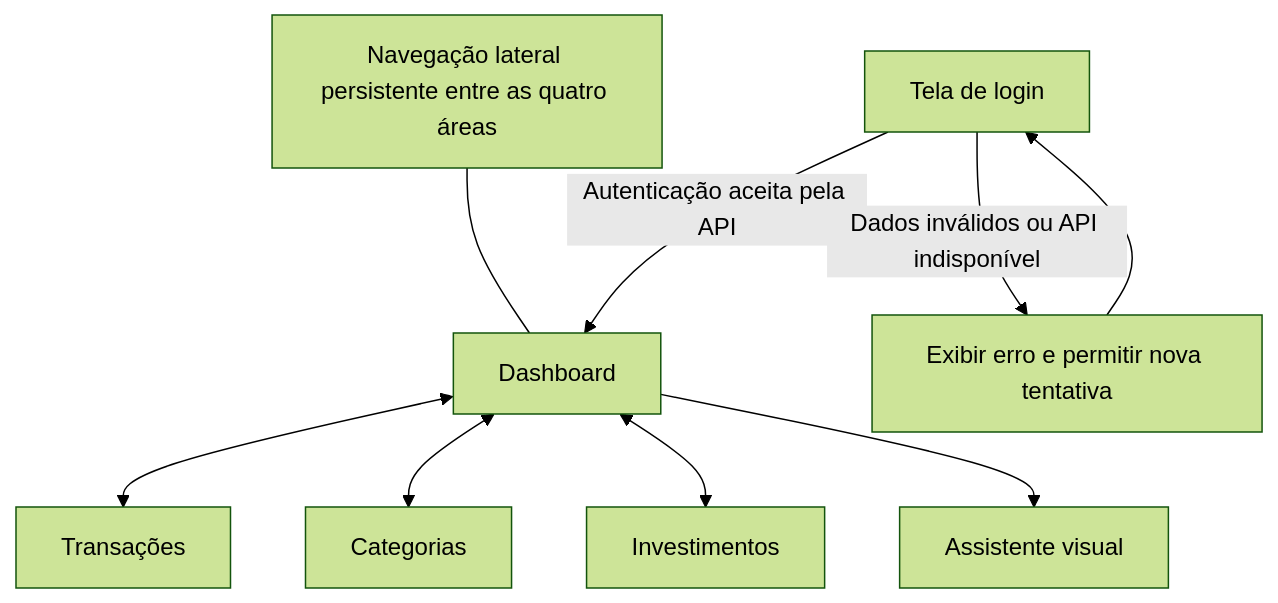
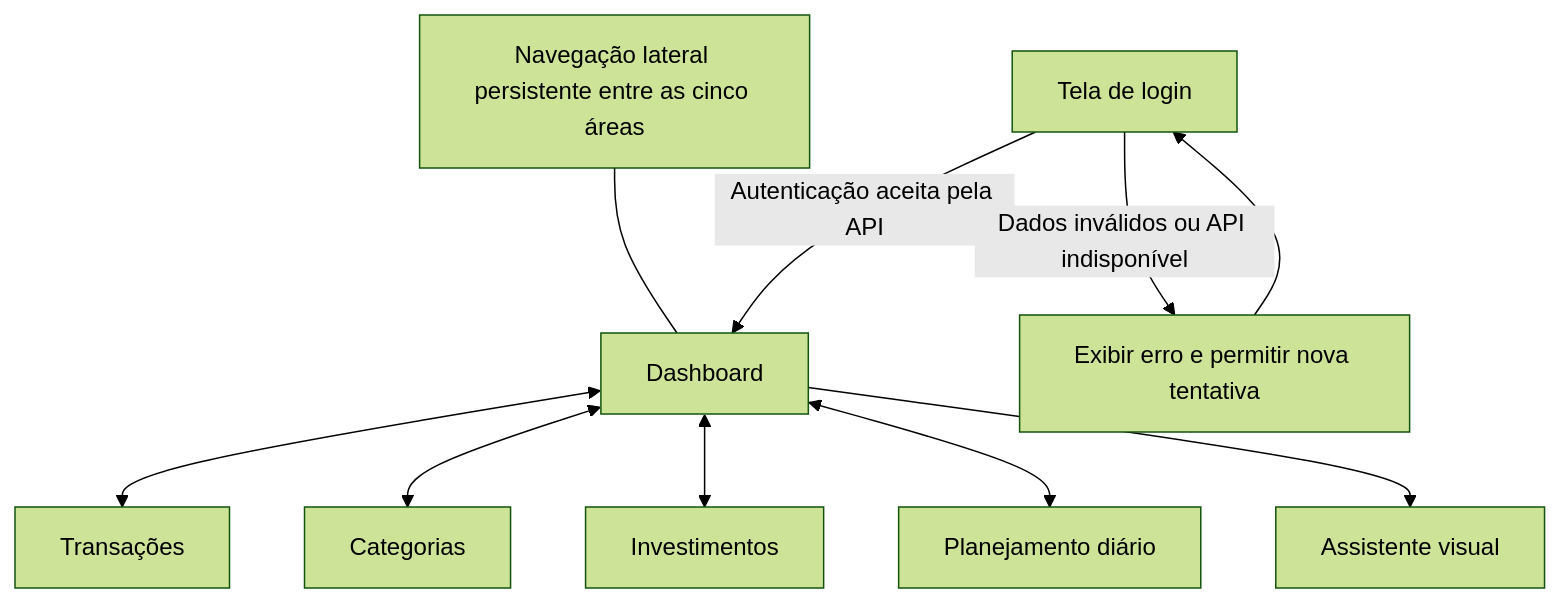
Before and after one commit to marco0Fonseca/Budget-Wallet: the diagram in docs/USER-FLOW.md, drawn with Mermaid (forest theme). The commit also changed other lines of this file and 16 other files, not shown here.

````diff
--- a/docs/USER-FLOW.md
+++ b/docs/USER-FLOW.md
@@ -9,11 +9,12 @@
 ```mermaid
 flowchart TD
     L[Tela de login] -->|Autenticação aceita pela API| D[Dashboard]
     L -->|Dados inválidos ou API indisponível| E[Exibir erro e permitir nova tentativa]
     E --> L
     D <--> R[Transações]
     D <--> C[Categorias]
     D <--> I[Investimentos]
-    N[Navegação lateral persistente entre as quatro áreas] --- D
+    D <--> P[Planejamento diário]
+    N[Navegação lateral persistente entre as cinco áreas] --- D
     D --> A[Assistente visual]
 ```
````
